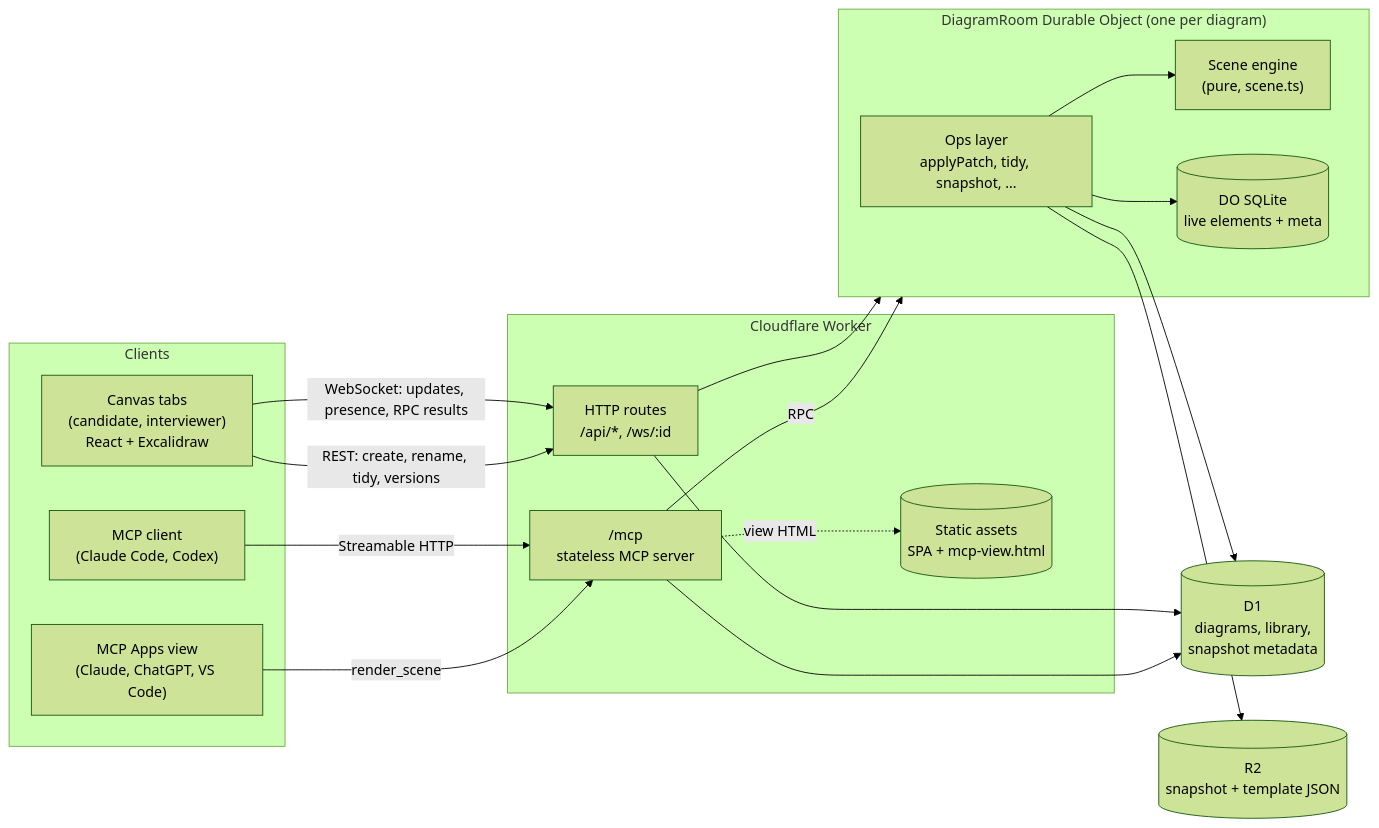
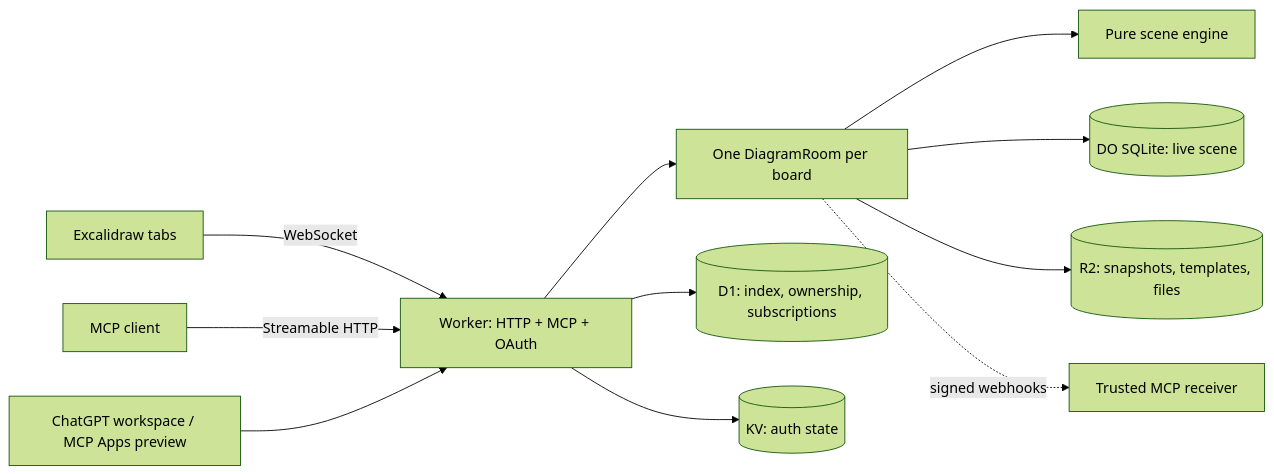
One commit to aranlucas/system-design-chatgpt changed the diagram in docs/design.md. Above: the diagram before and after it, drawn with Mermaid (forest theme). The commit also changed other lines of this file and 9 other files, not shown here.

````diff
--- a/docs/design.md
+++ b/docs/design.md
@@ -9,37 +8,13 @@
 ```mermaid
 flowchart LR
-    subgraph Clients
-        Tab["Canvas tabs<br/>(candidate, interviewer)<br/>React + Excalidraw"]
-        Agent["MCP client<br/>(Claude Code, Codex)"]
-        AppView["MCP Apps view<br/>(Claude, ChatGPT, VS Code)"]
-    end
-
-    subgraph Worker["Cloudflare Worker"]
-        Routes["HTTP routes<br/>/api/*, /ws/:id"]
-        MCP["/mcp<br/>stateless MCP server"]
-        Assets[("Static assets<br/>SPA + mcp-view.html")]
-    end
-
-    subgraph Room["DiagramRoom Durable Object (one per diagram)"]
-        Ops["Ops layer<br/>applyPatch, tidy, snapshot, …"]
-        Scene["Scene engine<br/>(pure, scene.ts)"]
-        SQL[("DO SQLite<br/>live elements + meta")]
-    end
-
-    D1[("D1<br/>diagrams, library,<br/>snapshot metadata")]
-    R2[("R2<br/>snapshot + template JSON")]
-
-    Tab -- "WebSocket: updates, presence, RPC results" --> Routes
-    Tab -- "REST: create, rename, tidy, versions" --> Routes
-    Agent -- "Streamable HTTP" --> MCP
-    AppView -- "render_scene" --> MCP
-    Routes --> Room
-    MCP -- "RPC" --> Room
-    Routes --> D1
-    MCP --> D1
-    Ops --> Scene
-    Ops --> SQL
-    Ops --> R2
-    Ops --> D1
-    MCP -. "view HTML" .-> Assets
+    Tab[Excalidraw tabs] -- WebSocket --> Worker[Worker: HTTP + MCP + OAuth]
+    Agent[MCP client] -- Streamable HTTP --> Worker
+    Host[ChatGPT workspace / MCP Apps preview] --> Worker
+    Worker --> Room[One DiagramRoom per board]
+    Room --> Scene[Pure scene engine]
+    Room --> SQL[(DO SQLite: live scene)]
+    Worker --> D1[(D1: index, ownership, subscriptions)]
+    Room --> R2[(R2: snapshots, templates, files)]
+    Worker --> KV[(KV: auth state)]
+    Room -. signed webhooks .-> Receiver[Trusted MCP receiver]
 ```
````
